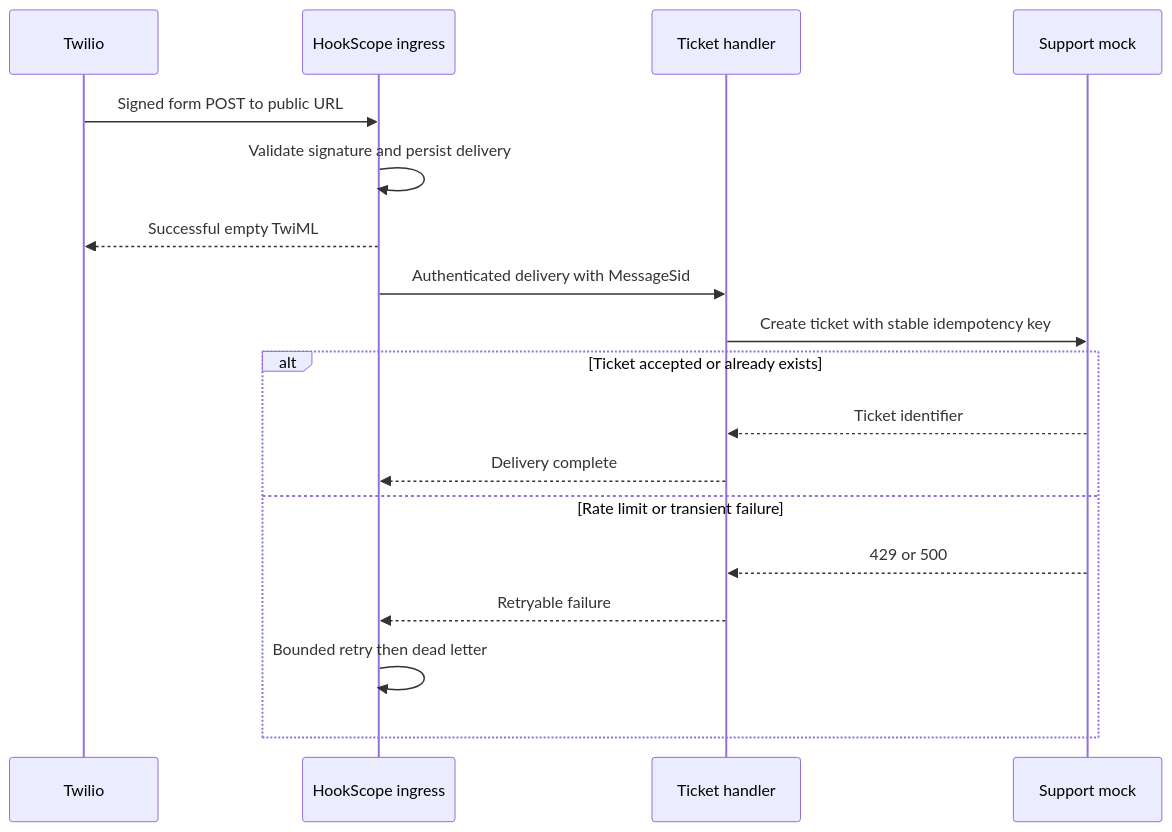
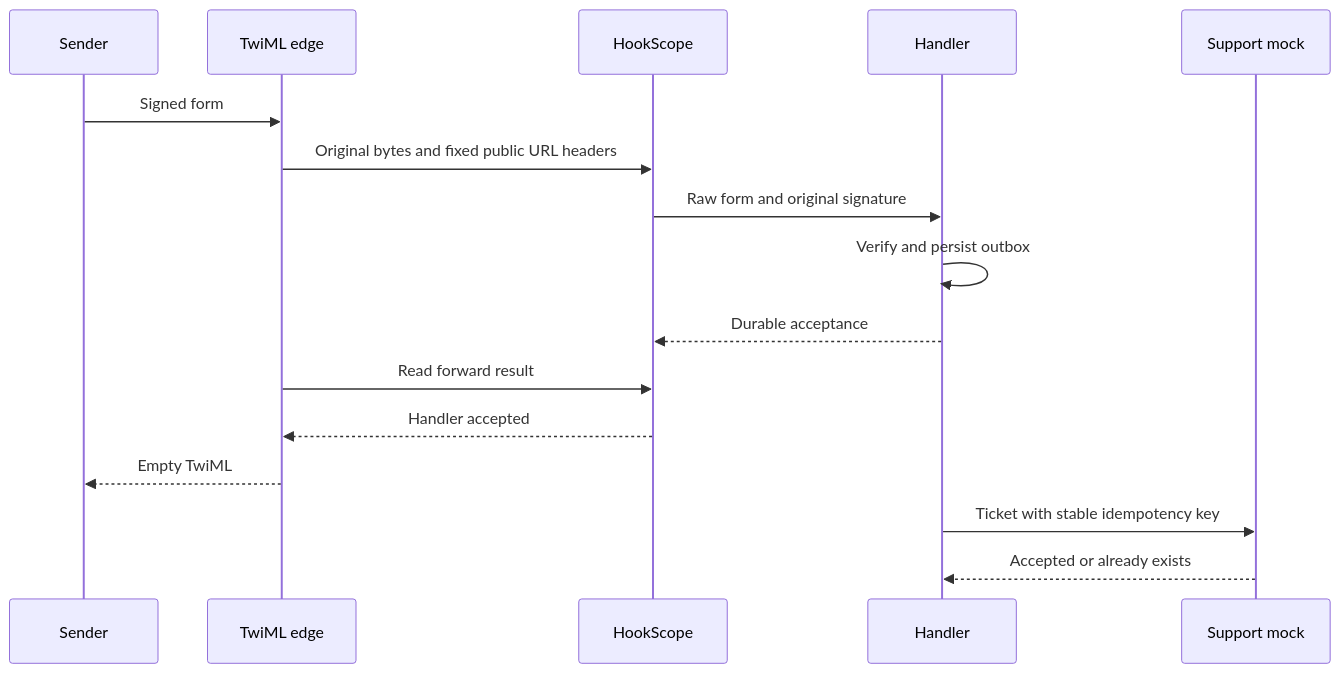
One commit to chinmaya-chhatre/integration-cookbook-prod changed the second of 2 diagrams in recipes/twilio-sms-to-support-ticket/README.md. Above: the diagram before and after it, drawn with Mermaid. The commit also changed other lines of this file and 15 other files, not shown here.

Commit message:
R5.2: Run the signed SMS stack with durable TwiML acceptance

````diff
--- a/recipes/twilio-sms-to-support-ticket/README.md
+++ b/recipes/twilio-sms-to-support-ticket/README.md
@@ -35,20 +28,18 @@
 ```mermaid
 sequenceDiagram
-    participant T as Twilio
-    participant H as HookScope ingress
-    participant W as Ticket handler
+    participant T as Sender
+    participant E as TwiML edge
+    participant H as HookScope
+    participant W as Handler
     participant S as Support mock
-    T->>H: Signed form POST to public URL
-    H->>H: Validate signature and persist delivery
-    H-->>T: Successful empty TwiML
-    H->>W: Authenticated delivery with MessageSid
-    W->>S: Create ticket with stable idempotency key
-    alt Ticket accepted or already exists
-        S-->>W: Ticket identifier
-        W-->>H: Delivery complete
-    else Rate limit or transient failure
-        S-->>W: 429 or 500
-        W-->>H: Retryable failure
-        H->>H: Bounded retry then dead letter
-    end
+    T->>E: Signed form
+    E->>H: Original bytes and fixed public URL headers
+    H->>W: Raw form and original signature
+    W->>W: Verify and persist outbox
+    W-->>H: Durable acceptance
+    E->>H: Read forward result
+    H-->>E: Handler accepted
+    E-->>T: Empty TwiML
+    W->>S: Ticket with stable idempotency key
+    S-->>W: Accepted or already exists
 ```
````
